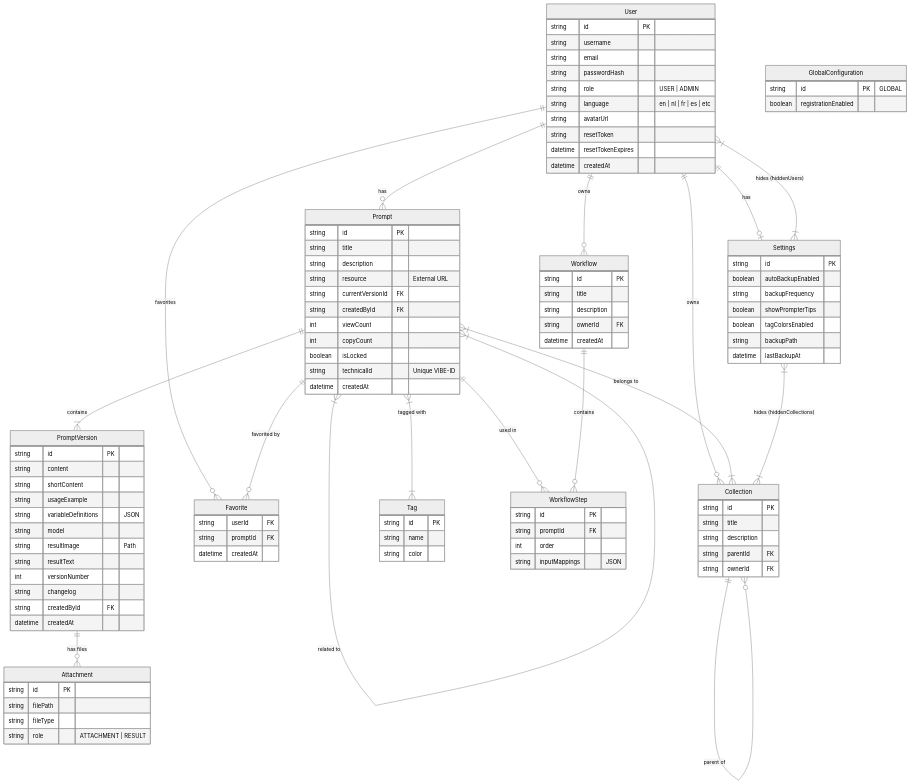
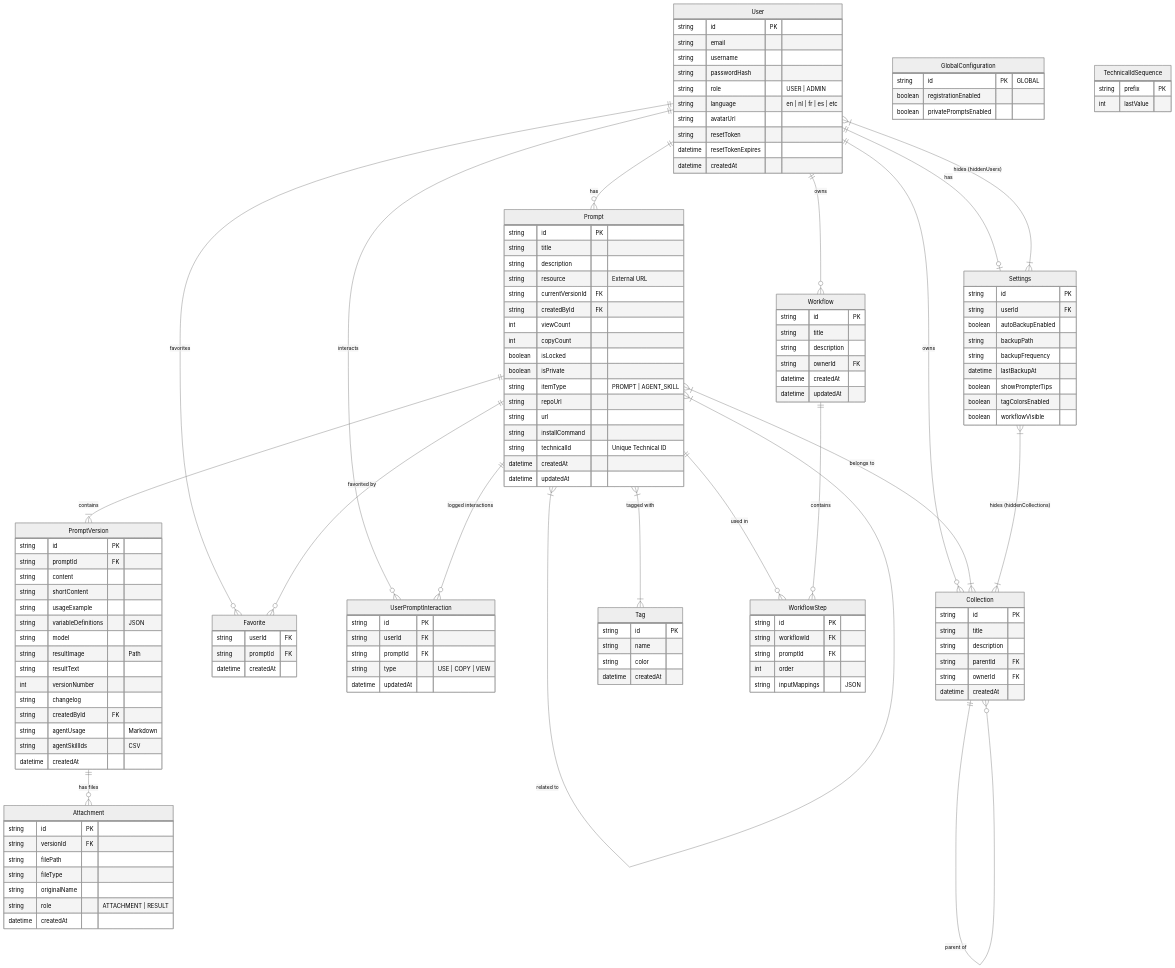
The diagram in docs/diagrams/schema.mmd (jovd83/prompthive), drawn with Mermaid (neutral theme) before and after one commit. The commit also changed 98 other files, not shown here.

Commit message:
feat: release 4.0.1 - Agent Integration, Advanced Copy, and Source-of-Truth Policy

```diff
--- a/docs/diagrams/schema.mmd
+++ b/docs/diagrams/schema.mmd
@@ -1,118 +1,152 @@
 erDiagram
     User ||--o{ Prompt : has
     User ||--o{ Collection : owns
     User ||--o| Settings : has
     User ||--o{ Workflow : owns
     User ||--o{ Favorite : "favorites"
+    User ||--o{ UserPromptInteraction : "interacts"
     
     User {
         string id PK
+        string email
         string username
-        string email
         string passwordHash
         string role "USER | ADMIN"
         string language "en | nl | fr | es | etc"
         string avatarUrl
         string resetToken
         datetime resetTokenExpires
         datetime createdAt
     }
 
     Settings {
         string id PK
+        string userId FK
         boolean autoBackupEnabled
+        string backupPath
         string backupFrequency
+        datetime lastBackupAt
         boolean showPrompterTips
         boolean tagColorsEnabled
-        string backupPath
-        datetime lastBackupAt
+        boolean workflowVisible
     }
     
     GlobalConfiguration {
         string id PK "GLOBAL"
         boolean registrationEnabled
+        boolean privatePromptsEnabled
     }
 
     Prompt ||--|{ PromptVersion : contains
     Prompt }|--|{ Collection : "belongs to"
     Prompt }|--|{ Tag : "tagged with"
     Prompt ||--o{ WorkflowStep : "used in"
     Prompt ||--o{ Favorite : "favorited by"
     Prompt }|--|{ Prompt : "related to"
+    Prompt ||--o{ UserPromptInteraction : "logged interactions"
 
     Prompt {
         string id PK
         string title
         string description
         string resource "External URL"
         string currentVersionId FK
         string createdById FK
         int viewCount
         int copyCount
         boolean isLocked
-        string technicalId "Unique VIBE-ID"
+        boolean isPrivate
+        string itemType "PROMPT | AGENT_SKILL"
+        string repoUrl
+        string url
+        string installCommand
+        string technicalId "Unique Technical ID"
         datetime createdAt
+        datetime updatedAt
     }
 
     PromptVersion ||--o{ Attachment : "has files"
     PromptVersion {
         string id PK
+        string promptId FK
         string content
         string shortContent
         string usageExample
         string variableDefinitions "JSON"
         string model
         string resultImage "Path"
         string resultText
         int versionNumber
         string changelog
         string createdById FK
+        string agentUsage "Markdown"
+        string agentSkillIds "CSV"
         datetime createdAt
     }
 
     Attachment {
         string id PK
+        string versionId FK
         string filePath
         string fileType
+        string originalName
         string role "ATTACHMENT | RESULT"
+        datetime createdAt
     }
 
     Collection ||--o{ Collection : "parent of"
     Collection {
         string id PK
         string title
         string description
         string parentId FK
         string ownerId FK
+        datetime createdAt
     }
 
     Tag {
         string id PK
         string name
         string color
+        datetime createdAt
     }
 
     Workflow ||--o{ WorkflowStep : contains
     Workflow {
         string id PK
         string title
         string description
         string ownerId FK
         datetime createdAt
+        datetime updatedAt
     }
 
     WorkflowStep {
         string id PK
+        string workflowId FK
         string promptId FK
         int order
         string inputMappings "JSON"
     }
 
     Favorite {
         string userId FK
         string promptId FK
         datetime createdAt
     }
 
+    UserPromptInteraction {
+        string id PK
+        string userId FK
+        string promptId FK
+        string type "USE | COPY | VIEW"
+        datetime updatedAt
+    }
+
     Settings }|--|{ Collection : "hides (hiddenCollections)"
     Settings }|--|{ User : "hides (hiddenUsers)"
+    
+    TechnicalIdSequence {
+        string prefix PK
+        int lastValue
+    }
```
